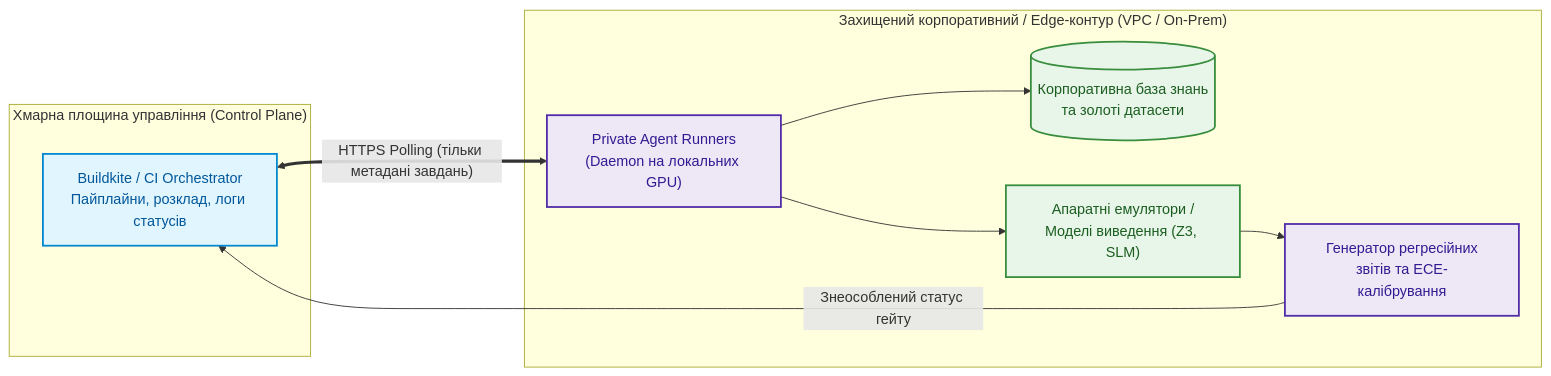
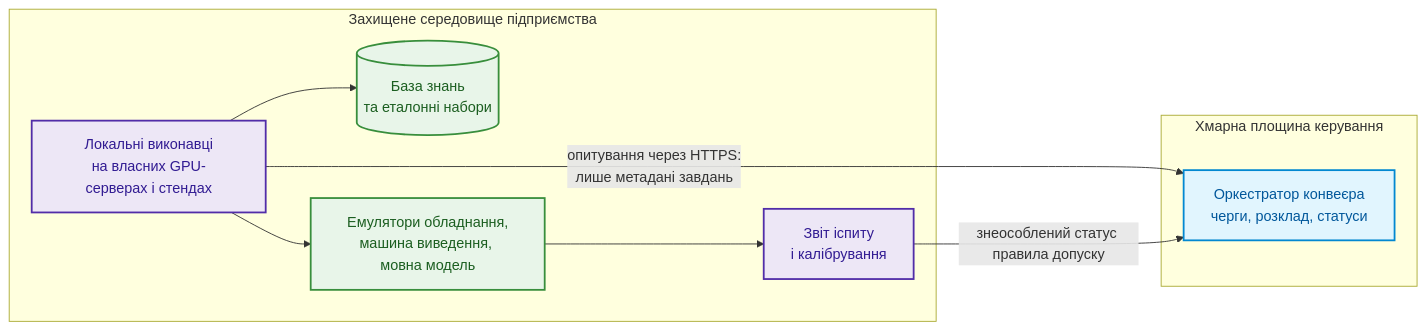
Before and after one commit to nick-fedchik/articles: the sixth of 6 diagrams in ExpertSystem/ch25-how-expert-systems-learn.md, drawn with Mermaid. The commit also changed other lines of this file, not shown here.

````diff
--- a/ExpertSystem/ch25-how-expert-systems-learn.md
+++ b/ExpertSystem/ch25-how-expert-systems-learn.md
@@ -1148,31 +733,31 @@
 ```mermaid
 flowchart LR
-    accTitle: Гібридна архітектура AgentOps CI/CD з ізольованими раннерами
-    accDescr: Розділення хмарної площини управління та приватних GPU-раннерів у захищеному корпоративному контурі.
+    accTitle: Гібридний конвеєр перевірок з ізольованими виконавцями
+    accDescr: Хмарна площина керування зберігає лише черги, розклад і статуси, а локальні виконавці всередині захищеного середовища працюють із базою знань, еталонними наборами й моделями та повертають назовні лише знеособлений статус правила допуску.
 
-    subgraph Cloud["Хмарна площина управління (Control Plane)"]
-        CP["Buildkite / CI Orchestrator<br/>Пайплайни, розклад, логи статусів"]
+    subgraph Cloud["Хмарна площина керування"]
+        CP["Оркестратор конвеєра<br/>черги, розклад, статуси"]
     end
 
-    subgraph Secure["Захищений корпоративний / Edge-контур (VPC / On-Prem)"]
-        AR["Private Agent Runners<br/>(Daemon на локальних GPU)"]
-        KB[("Корпоративна база знань<br/>та золоті датасети")]
-        SIM["Апаратні емулятори /<br/>Моделі виведення (Z3, SLM)"]
-        REP["Генератор регресійних<br/>звітів та ECE-калібрування"]
+    subgraph Secure["Захищене середовище підприємства"]
+        AR["Локальні виконавці<br/>на власних GPU-серверах і стендах"]
+        KB[("База знань<br/>та еталонні набори")]
+        SIM["Емулятори обладнання,<br/>машина виведення, мовна модель"]
+        REP["Звіт іспиту<br/>і калібрування"]
 
         AR --> KB
         AR --> SIM
         SIM --> REP
     end
 
-    CP <== "HTTPS Polling (тільки метадані завдань)" ==> AR
-    REP -->|Знеособлений статус гейту| CP
+    AR -- "опитування через HTTPS:<br/>лише метадані завдань" --> CP
+    REP -->|"знеособлений статус правила допуску"| CP
 
     classDef cloud fill:#e1f5fe,stroke:#0288d1,stroke-width:2px,color:#01579b;
     classDef sec fill:#ede7f6,stroke:#512da8,stroke-width:2px,color:#311b92;
     classDef comp fill:#e8f5e9,stroke:#388e3c,stroke-width:2px,color:#1b5e20;
 
     class CP cloud;
     class AR,REP sec;
     class KB,SIM comp;
 ```
````
